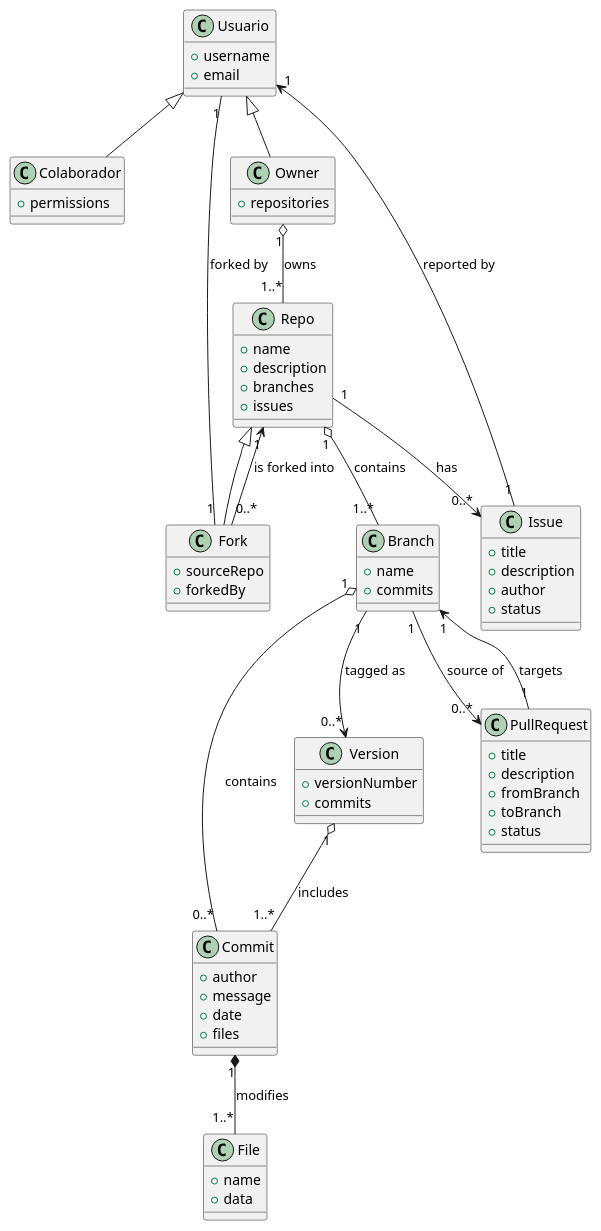
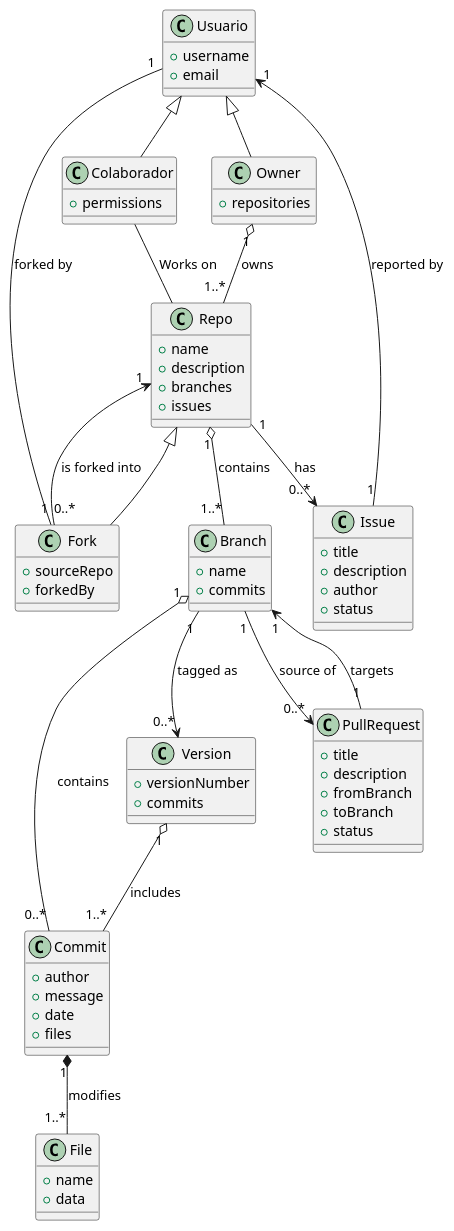
One commit to Ingenieria-Informatica-UNEATLANTICO/app-actividad-post-parcial-0xJVR changed the diagram in modelosUML/Iterado/ModeloClases.puml. Above: the diagram before and after it, drawn with PlantUML. The commit also changed 1 other file, not shown here.

```diff
--- a/modelosUML/Iterado/ModeloClases.puml
+++ b/modelosUML/Iterado/ModeloClases.puml
@@ -1,99 +1,100 @@
 @startuml
 
 ' Base Class: Usuario (User)
 class Usuario {
     +username
     +email
 }
 
 ' Subclass: Colaborador (Collaborator)
 class Colaborador {
     +permissions
 }
 
 ' Subclass: Owner
 class Owner {
     +repositories
 }
 
 ' Inheritance Relationships
 Usuario <|-- Owner
 Usuario <|-- Colaborador
 
 ' Class: Repo (Repository)
 class Repo {
     +name
     +description
     +branches
     +issues
 }
 
 ' Class: Fork (Forked Repository)
 class Fork {
     +sourceRepo
     +forkedBy
 }
 
 ' Inheritance Relationship
 Fork --|> Repo
 
 ' Associations
 Owner "1" o-- "1..*" Repo : owns
+Colaborador -- Repo : Works on
 Repo "1" o-- "1..*" Branch : contains
 Repo "1" --> "0..*" Issue : has
 Repo "1" <-- "0..*" Fork : is forked into
 Fork "1" -- "1" Usuario : forked by
 
 ' Class: Branch
 class Branch {
     +name
     +commits
 }
 
 ' Class: Commit
 class Commit {
     +author
     +message
     +date
     +files
 }
 
 ' Class: File
 class File {
     +name
     +data
 }
 
 ' Class: Version
 class Version {
     +versionNumber
     +commits
 }
 
 ' Class: Issue
 class Issue {
     +title
     +description
     +author
     +status
 }
 
 ' Class: PullRequest
 class PullRequest {
     +title
     +description
     +fromBranch
     +toBranch
     +status
 }
 
 ' Associations
 Branch "1" o-- "0..*" Commit : contains
 Commit "1" *-- "1..*" File : modifies
 Branch "1" --> "0..*" Version : tagged as
 Version "1" o-- "1..*" Commit : includes
 Branch "1" --> "0..*" PullRequest : source of
 PullRequest "1" --> "1" Branch : targets
 Issue "1" --> "1" Usuario : reported by
 
 @enduml
```
